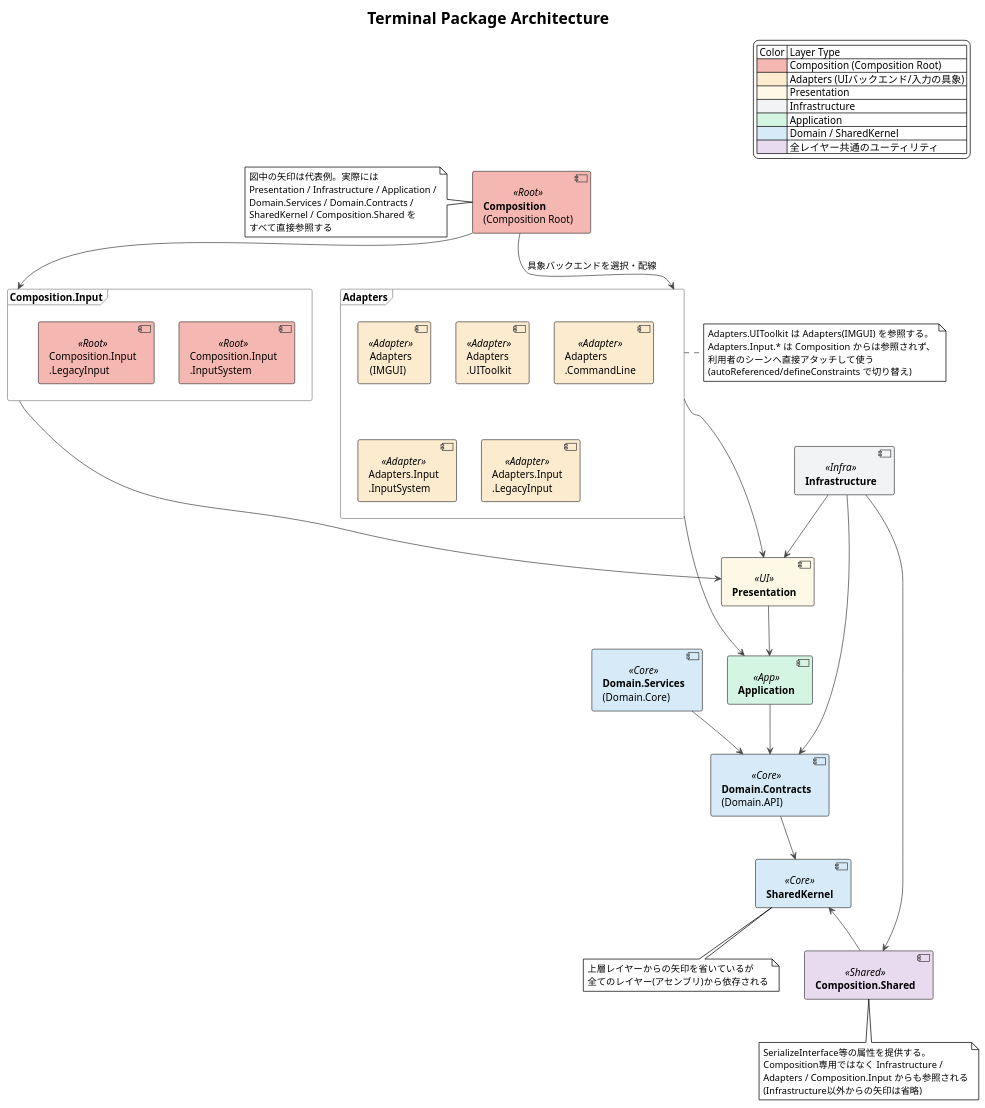
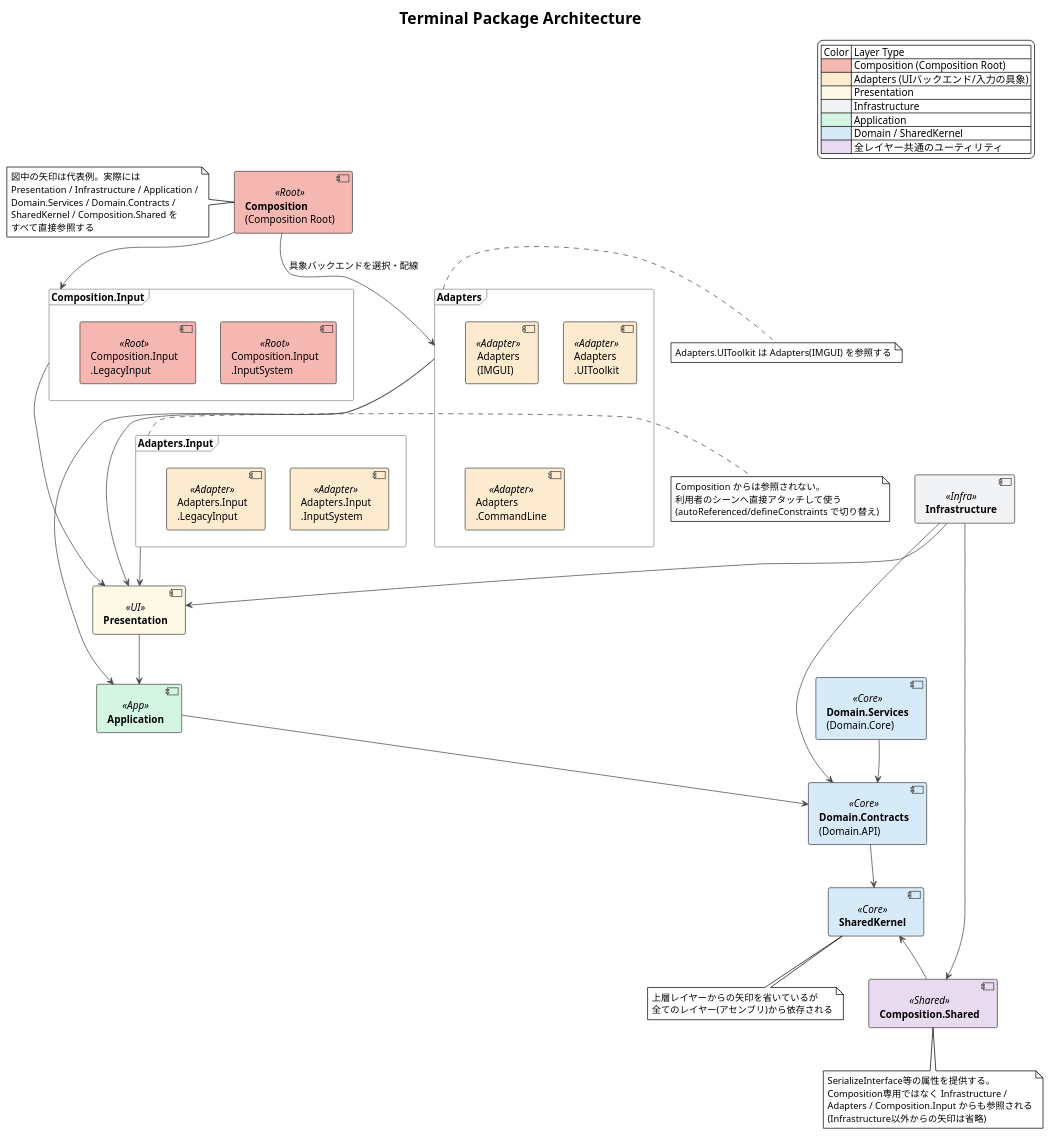
One commit to YuukiReiya/YukimaruGames.Unity-Terminal changed the diagram in docs/diagrams/Architecture/architecture.puml. Above: the diagram before and after it, drawn with PlantUML. The commit also changed 1 other file, not shown here.

Commit message:
docs: Adapters.Inputを別フレームへ分離し、Compositionの依存矢印と注記の矛盾を解消
Composition -> AdapterFrame の矢印はフレーム内の全アセンブリを参照するように読めるが、
Adapters.Input.* はCompositionからは参照されない(autoReferencedで利用者のシーンから直接使う)
ため、同フレーム内の注記と矛盾していた。

- Adapters.Input.InputSystem / .LegacyInput を Adapters.Input フレームへ分離
- Compositionからの矢印は Adapters フレーム(IMGUI / UIToolkit / CommandLine)のみに向ける
- 注記も各フレームへ分割

```diff
--- a/docs/diagrams/Architecture/architecture.puml
+++ b/docs/diagrams/Architecture/architecture.puml
@@ -1,109 +1,116 @@
 @startuml
 !theme plain
 title Terminal Package Architecture
 
 ' === Color Palette & Style ===
 skinparam component {
   ArrowColor #444444
   BorderColor #444444
   BackgroundColor<<Root>> #F5B7B1
   BackgroundColor<<Adapter>> #FDEBD0
   BackgroundColor<<UI>> #FEF9E7
   BackgroundColor<<Infra>> #F2F3F4
   BackgroundColor<<App>> #D5F5E3
   BackgroundColor<<Core>> #D6EAF8
   BackgroundColor<<Shared>> #E8DAEF
 }
 skinparam frame {
   BorderColor #888888
 }
 
 ' === Legend ===
 legend top right
   | Color | Layer Type |
   |<#F5B7B1>| Composition (Composition Root) |
   |<#FDEBD0>| Adapters (UIバックエンド/入力の具象) |
   |<#FEF9E7>| Presentation |
   |<#F2F3F4>| Infrastructure |
   |<#D5F5E3>| Application |
   |<#D6EAF8>| Domain / SharedKernel |
   |<#E8DAEF>| 全レイヤー共通のユーティリティ |
 end legend
 
 ' === Components (Assemblies) ===
 component "<b>Composition</b>\n(Composition Root)" as Composition <<Root>>
 
 frame "<b>Adapters</b>" as AdapterFrame {
   component "Adapters\n(IMGUI)" as Adapters <<Adapter>>
   component "Adapters\n.UIToolkit" as AdaptersUIToolkit <<Adapter>>
   component "Adapters\n.CommandLine" as AdaptersCommandLine <<Adapter>>
+}
+
+frame "<b>Adapters.Input</b>" as AdapterInputFrame {
   component "Adapters.Input\n.InputSystem" as AdaptersInputSystem <<Adapter>>
   component "Adapters.Input\n.LegacyInput" as AdaptersLegacyInput <<Adapter>>
 }
 
 frame "<b>Composition.Input</b>" as CompositionInputFrame {
   component "Composition.Input\n.InputSystem" as CompositionInputSystem <<Root>>
   component "Composition.Input\n.LegacyInput" as CompositionLegacyInput <<Root>>
 }
 
 component "<b>Presentation</b>" as Presentation <<UI>>
 component "<b>Infrastructure</b>" as Infrastructure <<Infra>>
 component "<b>Application</b>" as Application <<App>>
 component "<b>Domain.Services</b>\n(Domain.Core)" as DomainServices <<Core>>
 component "<b>Domain.Contracts</b>\n(Domain.API)" as DomainContracts <<Core>>
 component "<b>SharedKernel</b>" as SharedKernel <<Core>>
 component "<b>Composition.Shared</b>" as CompositionShared <<Shared>>
 
 note right of AdapterFrame
-  Adapters.UIToolkit は Adapters(IMGUI) を参照する。
-  Adapters.Input.* は Composition からは参照されず、
+  Adapters.UIToolkit は Adapters(IMGUI) を参照する
+end note
+
+note right of AdapterInputFrame
+  Composition からは参照されない。
   利用者のシーンへ直接アタッチして使う
   (autoReferenced/defineConstraints で切り替え)
 end note
 
 note bottom of SharedKernel
   上層レイヤーからの矢印を省いているが
   全てのレイヤー(アセンブリ)から依存される
 end note
 
 note bottom of CompositionShared
   SerializeInterface等の属性を提供する。
   Composition専用ではなく Infrastructure /
   Adapters / Composition.Input からも参照される
   (Infrastructure以外からの矢印は省略)
 end note
 
 note left of Composition
   図中の矢印は代表例。実際には
   Presentation / Infrastructure / Application /
   Domain.Services / Domain.Contracts /
   SharedKernel / Composition.Shared を
   すべて直接参照する
 end note
 
 ' === Layout hints ===
 Composition -[hidden]down-> AdapterFrame
 AdapterFrame -[hidden]down-> Infrastructure
 DomainServices -[hidden]right-> DomainContracts
 SharedKernel -[hidden]right-> CompositionShared
 
 ' === Primary Relationships ===
 Composition -down-> AdapterFrame : 具象バックエンドを選択・配線
 Composition -down-> CompositionInputFrame
 
 AdapterFrame -down-> Presentation
 AdapterFrame -down-> Application
+AdapterInputFrame -down-> Presentation
 CompositionInputFrame -down-> Presentation
 
 Infrastructure -down-> Presentation
 Infrastructure -down-> DomainContracts
 Infrastructure -right-> CompositionShared
 
 Presentation -down-> Application
 Application -down-> DomainContracts
 DomainServices -down-> DomainContracts
 
 DomainContracts -down-> SharedKernel
 CompositionShared -down-> SharedKernel
 
 @enduml
```
